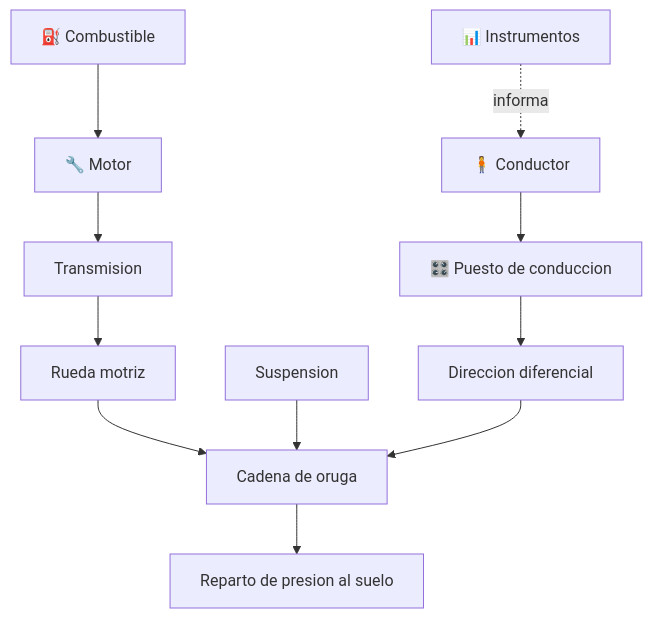
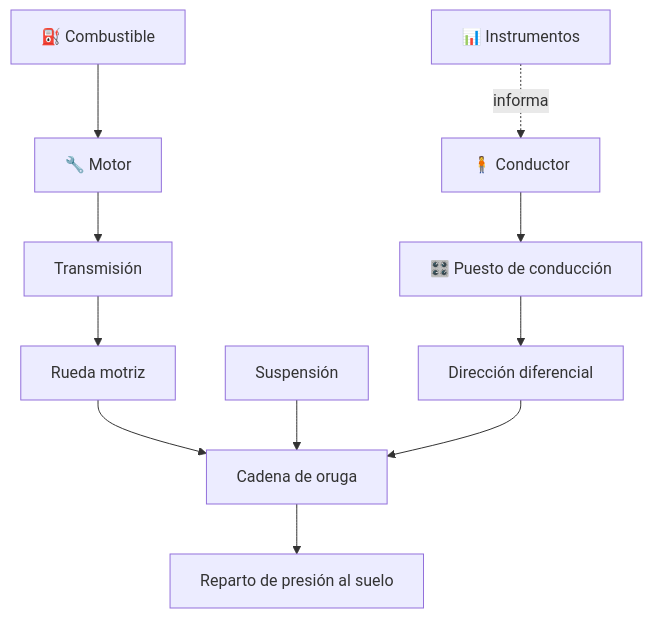
Before and after one commit to vladimiracunadev-create/machine-operator-program: the diagram in vehiculos/tanques/README.md, drawn with Mermaid. The commit also changed other lines of this file and 442 other files, not shown here.

````diff
--- a/vehiculos/tanques/README.md
+++ b/vehiculos/tanques/README.md
@@ -44,13 +44,13 @@
 ```mermaid
 flowchart TD
     Combustible[⛽ Combustible] --> Motor[🔧 Motor]
-    Motor --> Transmision[Transmision]
+    Motor --> Transmision[Transmisión]
     Transmision --> Rueda[Rueda motriz]
     Rueda --> Oruga[Cadena de oruga]
-    Oruga --> Suelo[Reparto de presion al suelo]
-    Suspension[Suspension] --> Oruga
-    Puesto[🎛️ Puesto de conduccion] --> Direccion[Direccion diferencial]
+    Oruga --> Suelo[Reparto de presión al suelo]
+    Suspension[Suspensión] --> Oruga
+    Puesto[🎛️ Puesto de conducción] --> Direccion[Dirección diferencial]
     Direccion --> Oruga
     Tablero[📊 Instrumentos] -. informa .-> Conductor[🧍 Conductor]
     Conductor --> Puesto
 ```
````
